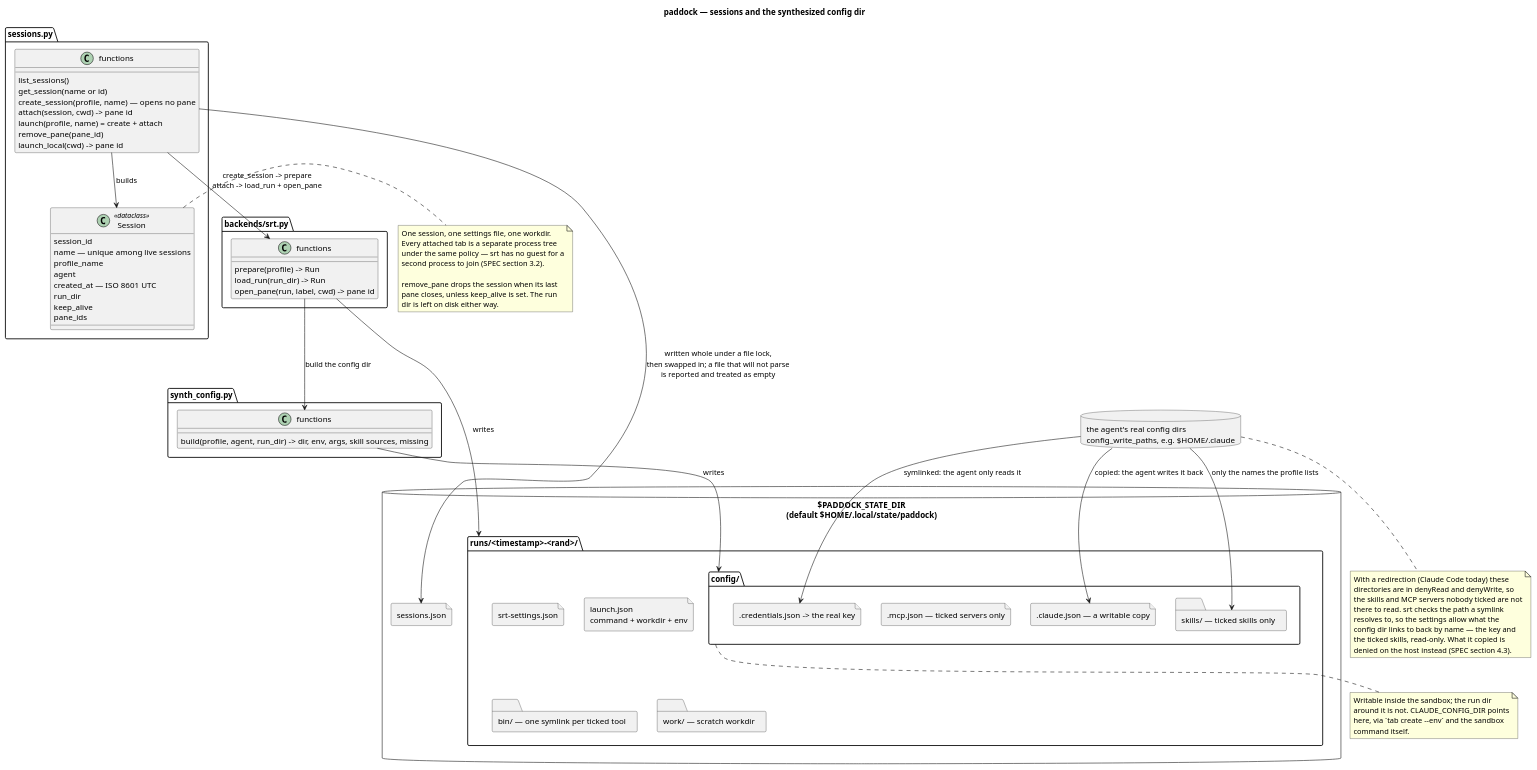
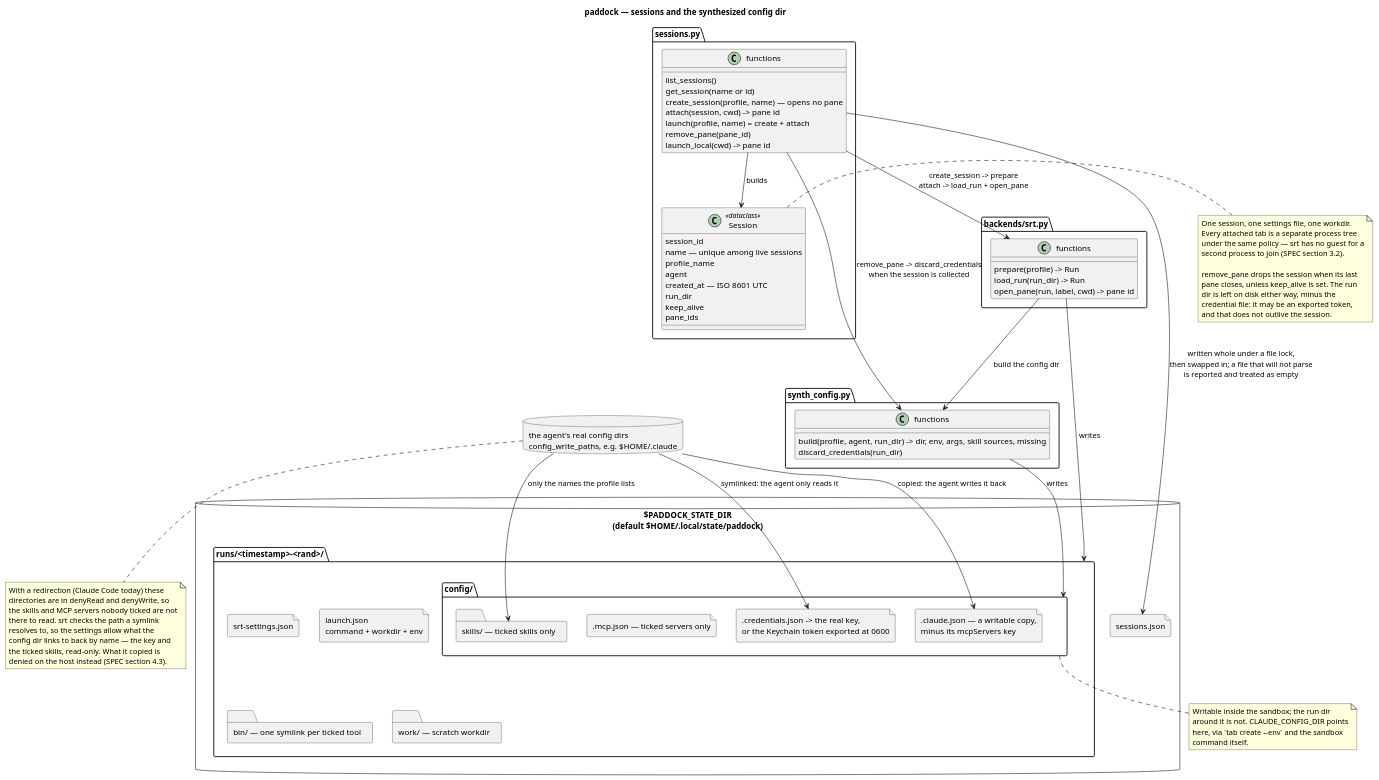
The diagram in docs/diagrams/sessions_and_config.puml (paddock-sh/paddock), drawn with PlantUML before and after one commit. The commit also changed 7 other files, not shown here.

First line of the commit message:
fix: authenticate the redirected agent, and leave the MCP definitions behind

```diff
--- a/docs/diagrams/sessions_and_config.puml
+++ b/docs/diagrams/sessions_and_config.puml
@@ -1,102 +1,106 @@
 @startuml sessions_and_config
 title paddock — sessions and the synthesized config dir
 
 allowmixing
 set separator none
 skinparam shadowing false
 skinparam classAttributeIconSize 0
 
 package "sessions.py" {
   class Session <<dataclass>> {
     session_id
     name — unique among live sessions
     profile_name
     agent
     created_at — ISO 8601 UTC
     run_dir
     keep_alive
     pane_ids
   }
   class "functions" as SessionFns {
     list_sessions()
     get_session(name or id)
     create_session(profile, name) — opens no pane
     attach(session, cwd) -> pane id
     launch(profile, name) = create + attach
     remove_pane(pane_id)
     launch_local(cwd) -> pane id
   }
 }
 
 package "backends/srt.py" {
   class "functions" as SrtFns {
     prepare(profile) -> Run
     load_run(run_dir) -> Run
     open_pane(run, label, cwd) -> pane id
   }
 }
 
 package "synth_config.py" {
   class "functions" as SynthFns {
     build(profile, agent, run_dir) -> dir, env, args, skill sources, missing
+    discard_credentials(run_dir)
   }
 }
 
 database "$PADDOCK_STATE_DIR\n(default $HOME/.local/state/paddock)" as StateDir {
   file "sessions.json" as Registry
   folder "runs/<timestamp>-<rand>/" as RunDir {
     file "srt-settings.json" as Settings
     file "launch.json\ncommand + workdir + env" as Launch
     folder "bin/ — one symlink per ticked tool" as Shim
     folder "work/ — scratch workdir" as Work
     folder "config/" as Config {
-      file ".credentials.json -> the real key" as Creds
-      file ".claude.json — a writable copy" as AgentJson
+      file ".credentials.json -> the real key,\nor the Keychain token exported at 0600" as Creds
+      file ".claude.json — a writable copy,\nminus its mcpServers key" as AgentJson
       file ".mcp.json — ticked servers only" as Mcp
       folder "skills/ — ticked skills only" as Skills
     }
   }
 }
 
 database "the agent's real config dirs\nconfig_write_paths, e.g. $HOME/.claude" as RealConfig
 
 SessionFns --> Session : builds
 SessionFns --> Registry : written whole under a file lock,\nthen swapped in; a file that will not parse\nis reported and treated as empty
 SessionFns --> SrtFns : create_session -> prepare\nattach -> load_run + open_pane
+SessionFns --> SynthFns : remove_pane -> discard_credentials\nwhen the session is collected
 SrtFns --> SynthFns : build the config dir
 SrtFns --> RunDir : writes
 SynthFns --> Config : writes
 RealConfig --> Creds : symlinked: the agent only reads it
 RealConfig --> AgentJson : copied: the agent writes it back
 RealConfig --> Skills : only the names the profile lists
 
 note right of Session
   One session, one settings file, one workdir.
   Every attached tab is a separate process tree
   under the same policy — srt has no guest for a
   second process to join (SPEC section 3.2).
 
   remove_pane drops the session when its last
   pane closes, unless keep_alive is set. The run
-  dir is left on disk either way.
+  dir is left on disk either way, minus the
+  credential file: it may be an exported token,
+  and that does not outlive the session.
 end note
 
 note bottom of RealConfig
   With a redirection (Claude Code today) these
   directories are in denyRead and denyWrite, so
   the skills and MCP servers nobody ticked are not
   there to read. srt checks the path a symlink
   resolves to, so the settings allow what the
   config dir links to back by name — the key and
   the ticked skills, read-only. What it copied is
   denied on the host instead (SPEC section 4.3).
 end note
 
 note bottom of Config
   Writable inside the sandbox; the run dir
   around it is not. CLAUDE_CONFIG_DIR points
   here, via `tab create --env` and the sandbox
   command itself.
 end note
 
 @enduml
```
